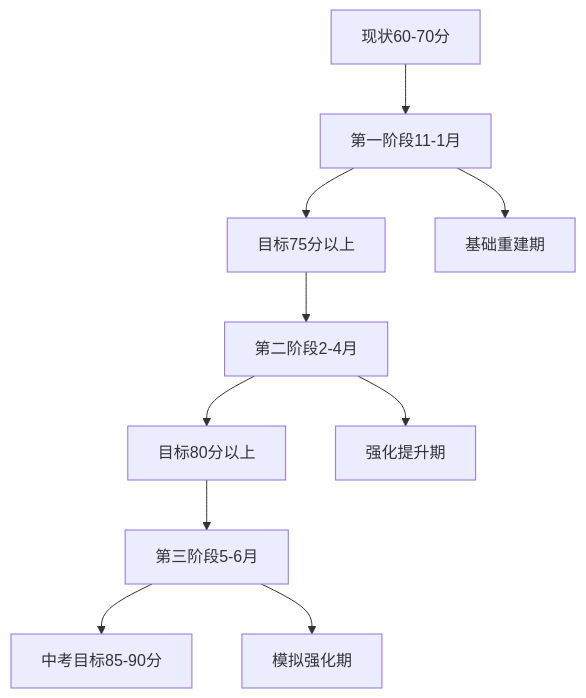
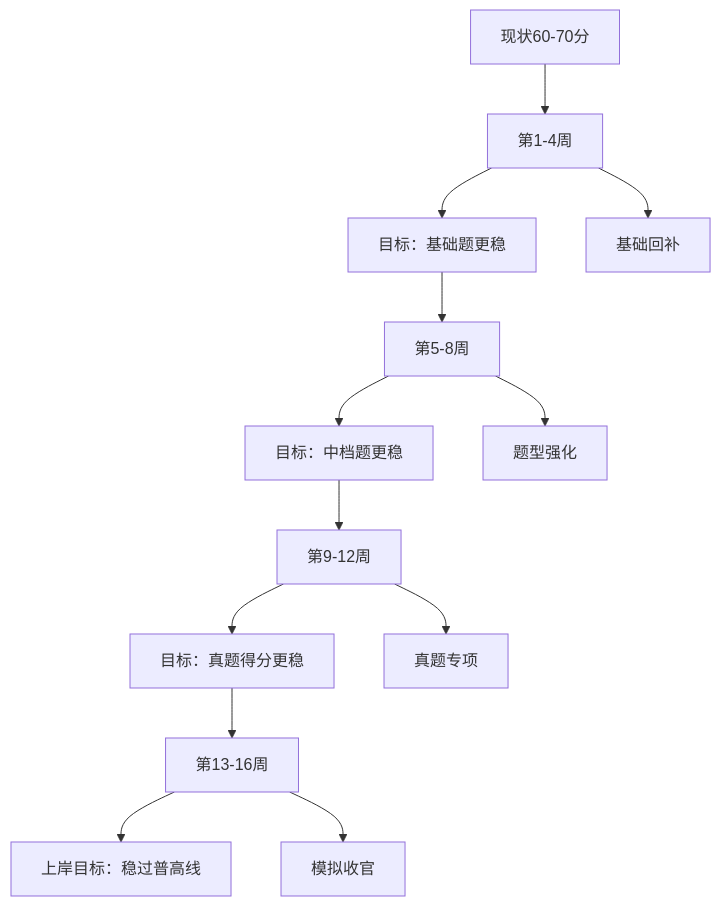
One commit to nonomil/junior-high-study-rebuild changed the diagram in docs-v2/00-主索引-初中学习低分重建完整指南.md. Above: the diagram before and after it, drawn with Mermaid. The commit also changed other lines of this file and 52 other files, not shown here.

````diff
--- a/docs-v2/00-主索引-初中学习低分重建完整指南.md
+++ b/docs-v2/00-主索引-初中学习低分重建完整指南.md
@@ -72,13 +72,16 @@
 ```mermaid
 graph TD
-    A[现状60-70分] --> B[第一阶段11-1月]
-    B --> C[目标75分以上]
-    C --> D[第二阶段2-4月]
-    D --> E[目标80分以上]
-    E --> F[第三阶段5-6月]
-    F --> G[中考目标85-90分]
+    A[现状60-70分] --> B[第1-4周]
+    B --> C[目标：基础题更稳]
+    C --> D[第5-8周]
+    D --> E[目标：中档题更稳]
+    E --> F[第9-12周]
+    F --> G[目标：真题得分更稳]
+    G --> H[第13-16周]
+    H --> I[上岸目标：稳过普高线]
     
-    B --> B1[基础重建期]
-    D --> D1[强化提升期]
-    F --> F1[模拟强化期]
+    B --> B1[基础回补]
+    D --> D1[题型强化]
+    F --> F1[真题专项]
+    H --> H1[模拟收官]
 ```
````
